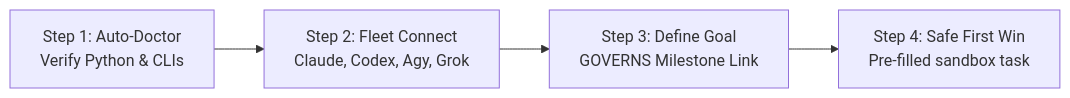
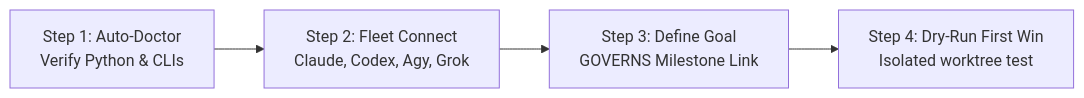
One commit to nikhilsoman/synlynk changed the second of 3 diagrams in docs/superpowers/specs/2026-10-18-vscode-extension-design.md. Above: the diagram before and after it, drawn with Mermaid. The commit also changed other lines of this file, not shown here.

````diff
--- a/docs/superpowers/specs/2026-10-18-vscode-extension-design.md
+++ b/docs/superpowers/specs/2026-10-18-vscode-extension-design.md
@@ -97,6 +128,6 @@
 ```mermaid
 flowchart LR
     W1["Step 1: Auto-Doctor<br/>Verify Python & CLIs"] --> W2["Step 2: Fleet Connect<br/>Claude, Codex, Agy, Grok"]
     W2 --> W3["Step 3: Define Goal<br/>GOVERNS Milestone Link"]
-    W3 --> W4["Step 4: Safe First Win<br/>Pre-filled sandbox task"]
+    W3 --> W4["Step 4: Dry-Run First Win<br/>Isolated worktree test"]
 ```
````
